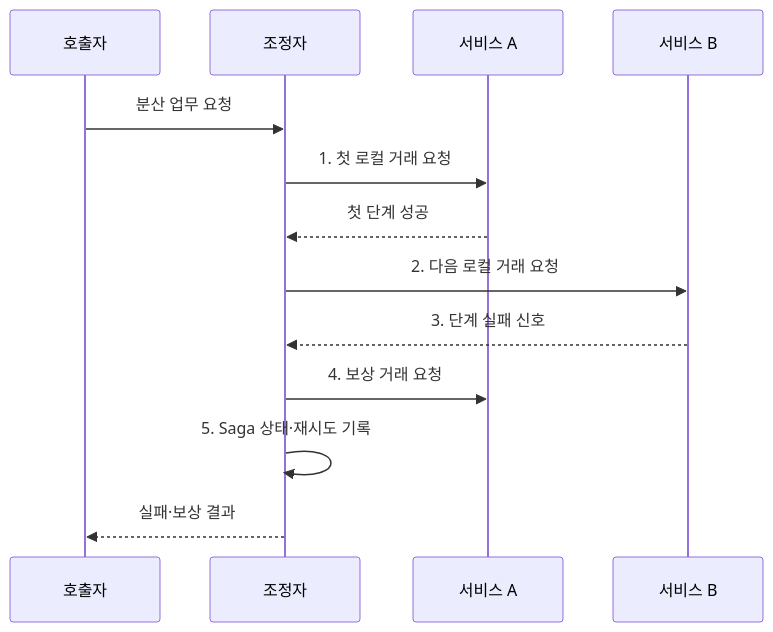
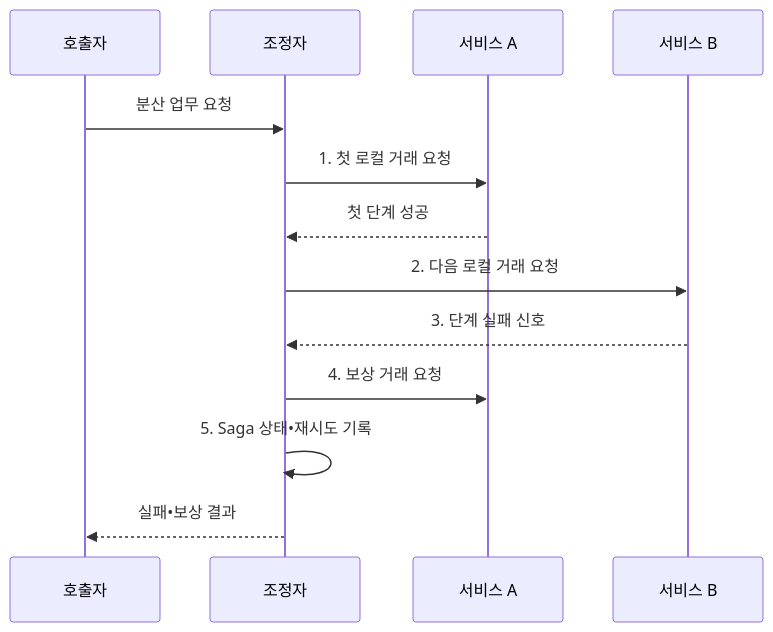
The second of 2 diagrams in src/content/docs/notes/03-software/179_saga_vs_2pc.md (agnusdei1207/knowledge-base), drawn with Mermaid before and after one commit. The commit also changed other lines of this file and 953 other files, not shown here.

````diff
--- a/src/content/docs/notes/03-software/179_saga_vs_2pc.md
+++ b/src/content/docs/notes/03-software/179_saga_vs_2pc.md
@@ -110,15 +110,15 @@
 ```mermaid
 sequenceDiagram
     participant C as 호출자
     participant O as 조정자
     participant A as 서비스 A
     participant B as 서비스 B
     C->>O: 분산 업무 요청
     O->>A: 1. 첫 로컬 거래 요청
     A-->>O: 첫 단계 성공
     O->>B: 2. 다음 로컬 거래 요청
     B-->>O: 3. 단계 실패 신호
     O->>A: 4. 보상 거래 요청
-    O->>O: 5. Saga 상태·재시도 기록
-    O-->>C: 실패·보상 결과
+    O->>O: 5. Saga 상태•재시도 기록
+    O-->>C: 실패•보상 결과
 ```
````
